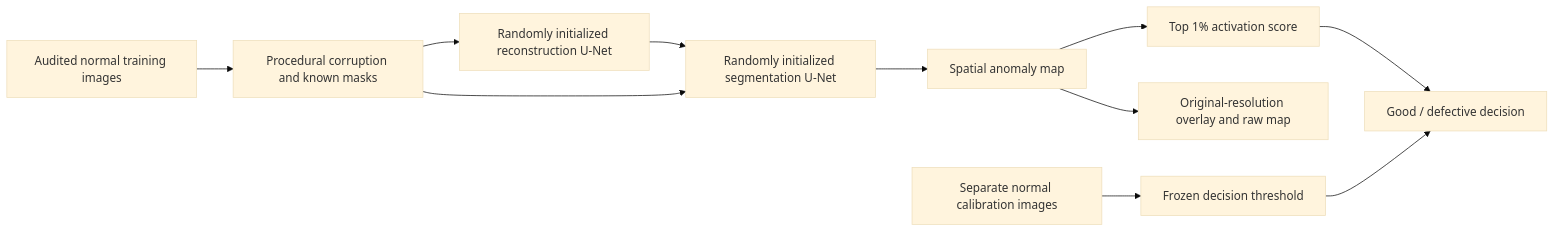
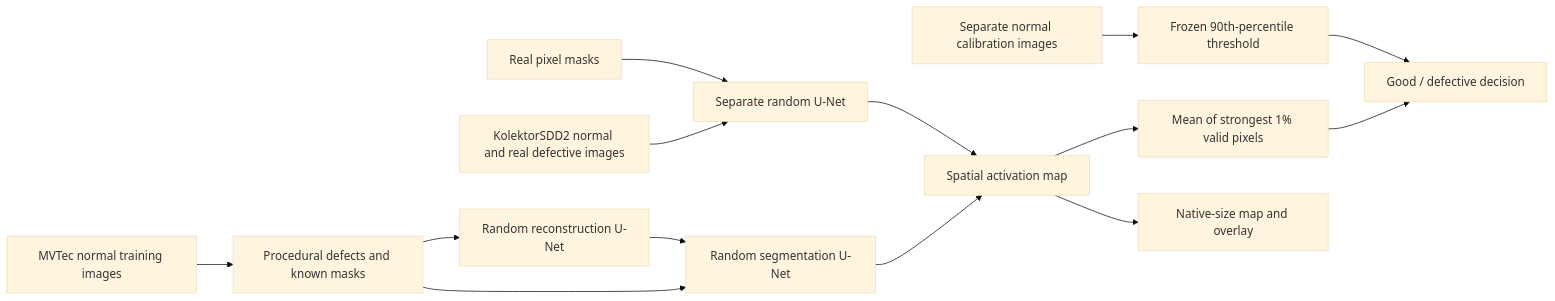
One commit to numann44/industrial-inspection changed the diagram in README.md. Above: the diagram before and after it, drawn with Mermaid (base theme). The commit also changed other lines of this file and 84 other files, not shown here.

````diff
--- a/README.md
+++ b/README.md
@@ -47,13 +45,16 @@
 ```mermaid
 flowchart LR
-    A[Audited normal training images] --> B[Procedural corruption and known masks]
-    B --> C[Randomly initialized reconstruction U-Net]
-    B --> D[Randomly initialized segmentation U-Net]
+    A[MVTec normal training images] --> B[Procedural defects and known masks]
+    B --> C[Random reconstruction U-Net]
+    B --> D[Random segmentation U-Net]
     C --> D
-    D --> E[Spatial anomaly map]
-    E --> F[Top 1% activation score]
-    G[Separate normal calibration images] --> H[Frozen decision threshold]
-    F --> I[Good / defective decision]
-    H --> I
-    E --> J[Original-resolution overlay and raw map]
+    E[KolektorSDD2 normal and real defective images] --> F[Separate random U-Net]
+    G[Real pixel masks] --> F
+    D --> H[Spatial activation map]
+    F --> H
+    H --> I[Mean of strongest 1% valid pixels]
+    J[Separate normal calibration images] --> K[Frozen 90th-percentile threshold]
+    I --> L[Good / defective decision]
+    K --> L
+    H --> M[Native-size map and overlay]
 ```
````
